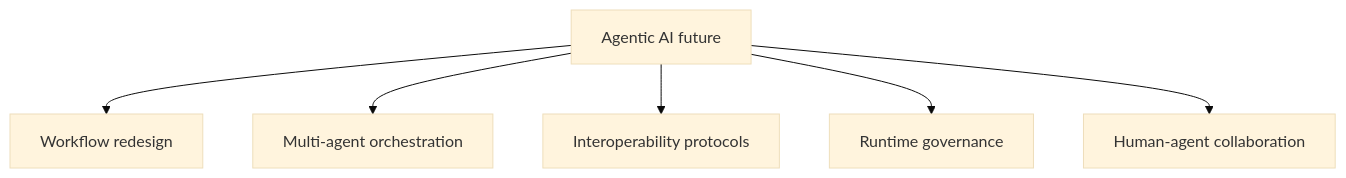
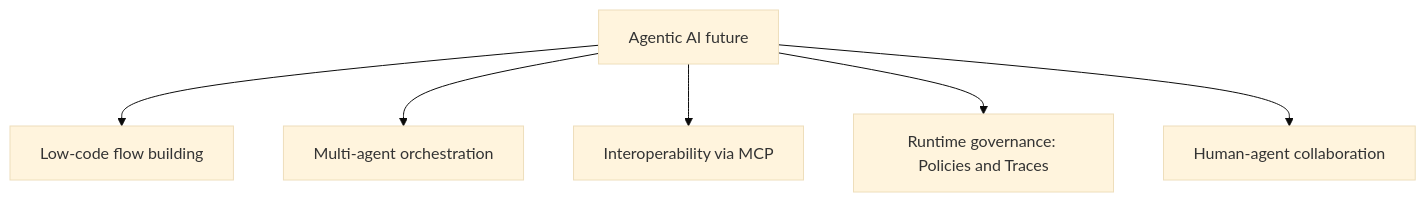
Before and after one commit to naren-allam/agents-beginners: the second of 9 diagrams in book/chapters/chapter-07-the-future-of-agentic-ai-and-your-role.md, drawn with Mermaid (base theme). The commit also changed other lines of this file and 28 other files, not shown here.

````diff
--- a/book/chapters/chapter-07-the-future-of-agentic-ai-and-your-role.md
+++ b/book/chapters/chapter-07-the-future-of-agentic-ai-and-your-role.md
@@ -37,15 +38,15 @@
 ```mermaid
 flowchart TD
     Future["Agentic AI future"]
-    Workflow["Workflow redesign"]
+    LowCode["Low-code flow building"]
     MultiAgent["Multi-agent orchestration"]
-    Protocols["Interoperability protocols"]
-    Governance["Runtime governance"]
+    Protocols["Interoperability via MCP"]
+    Governance["Runtime governance: Policies and Traces"]
     Collaboration["Human-agent collaboration"]
 
-    Future --> Workflow
+    Future --> LowCode
     Future --> MultiAgent
     Future --> Protocols
     Future --> Governance
     Future --> Collaboration
 ```
````
